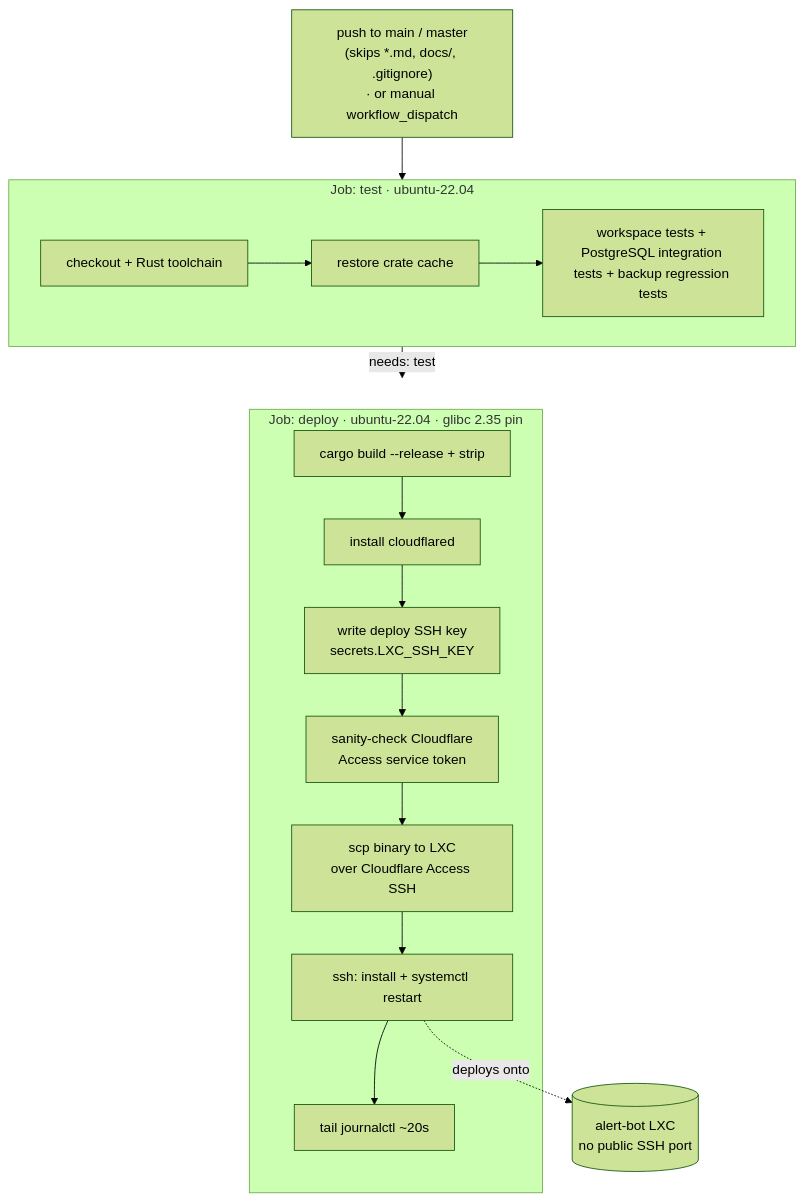
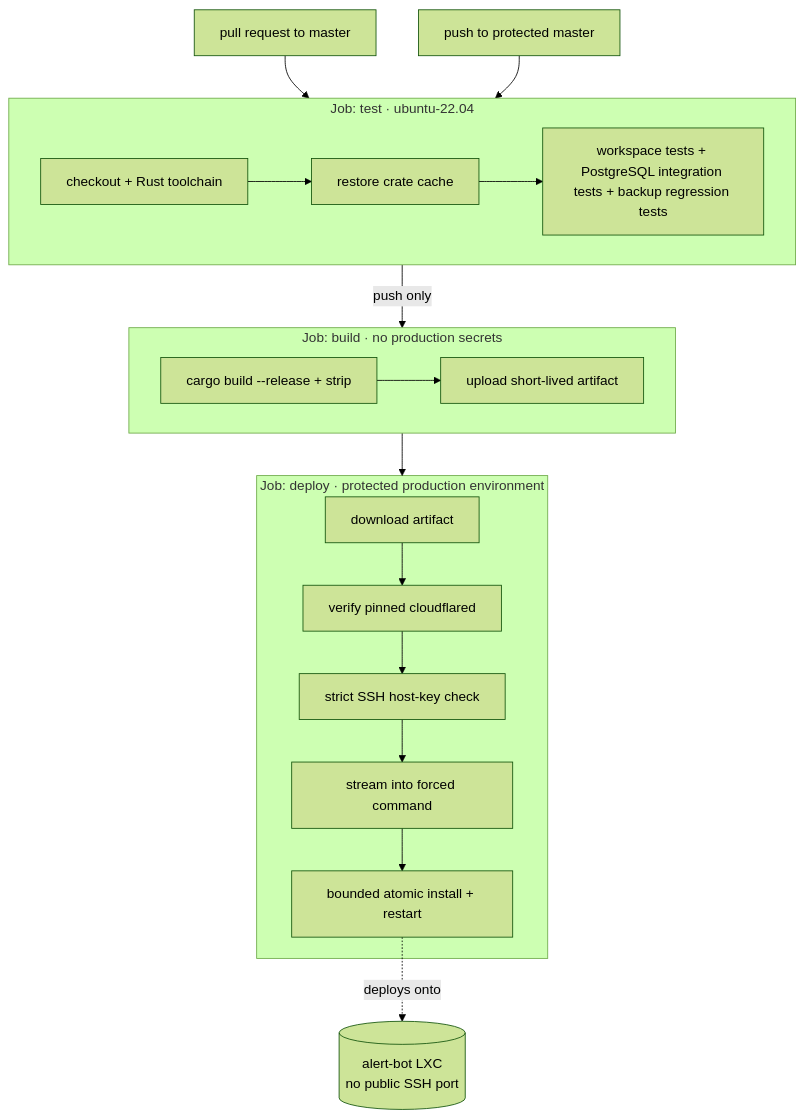
Before and after one commit to Tunduval/alert-bot-rs: the second of 2 diagrams in README.md, drawn with Mermaid (forest theme). The commit also changed other lines of this file and 5 other files, not shown here.

````diff
--- a/README.md
+++ b/README.md
@@ -367,22 +493,27 @@
 ```mermaid
 flowchart TD
-    trig["push to main / master<br/>(skips *.md, docs/, .gitignore)<br/>· or manual workflow_dispatch"] --> test
+    pr["pull request to master"] --> test
+    push["push to protected master"] --> test
 
     subgraph test["Job: test · ubuntu-22.04"]
         t1[checkout + Rust toolchain] --> t2[restore crate cache]
         t2 --> t3["workspace tests + PostgreSQL integration tests + backup regression tests"]
     end
 
-    test -->|"needs: test"| deploy
+    test -->|"push only"| build
 
-    subgraph deploy["Job: deploy · ubuntu-22.04 · glibc 2.35 pin"]
-        d1["cargo build --release + strip"] --> d2[install cloudflared]
-        d2 --> d3["write deploy SSH key<br/>secrets.LXC_SSH_KEY"]
-        d3 --> d4["sanity-check Cloudflare<br/>Access service token"]
-        d4 --> d5["scp binary to LXC<br/>over Cloudflare Access SSH"]
-        d5 --> d6["ssh: install + systemctl restart"]
-        d6 --> d7["tail journalctl ~20s"]
+    subgraph build["Job: build · no production secrets"]
+        b1["cargo build --release + strip"] --> b2["upload short-lived artifact"]
     end
 
-    d6 -.->|deploys onto| host[("alert-bot LXC<br/>no public SSH port")]
+    build --> deploy
+
+    subgraph deploy["Job: deploy · protected production environment"]
+        d1["download artifact"] --> d2["verify pinned cloudflared"]
+        d2 --> d3["strict SSH host-key check"]
+        d3 --> d4["stream into forced command"]
+        d4 --> d5["bounded atomic install + restart"]
+    end
+
+    d5 -.->|deploys onto| host[("alert-bot LXC<br/>no public SSH port")]
 ```
````
